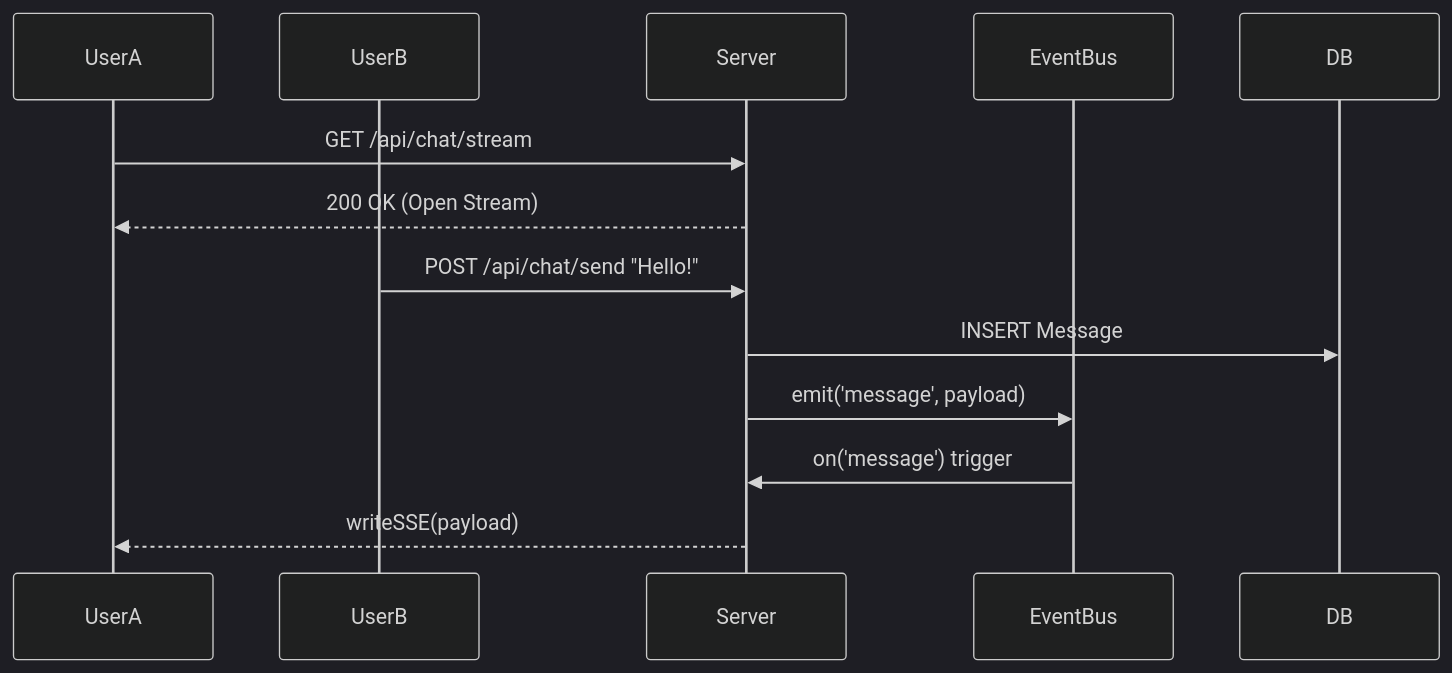
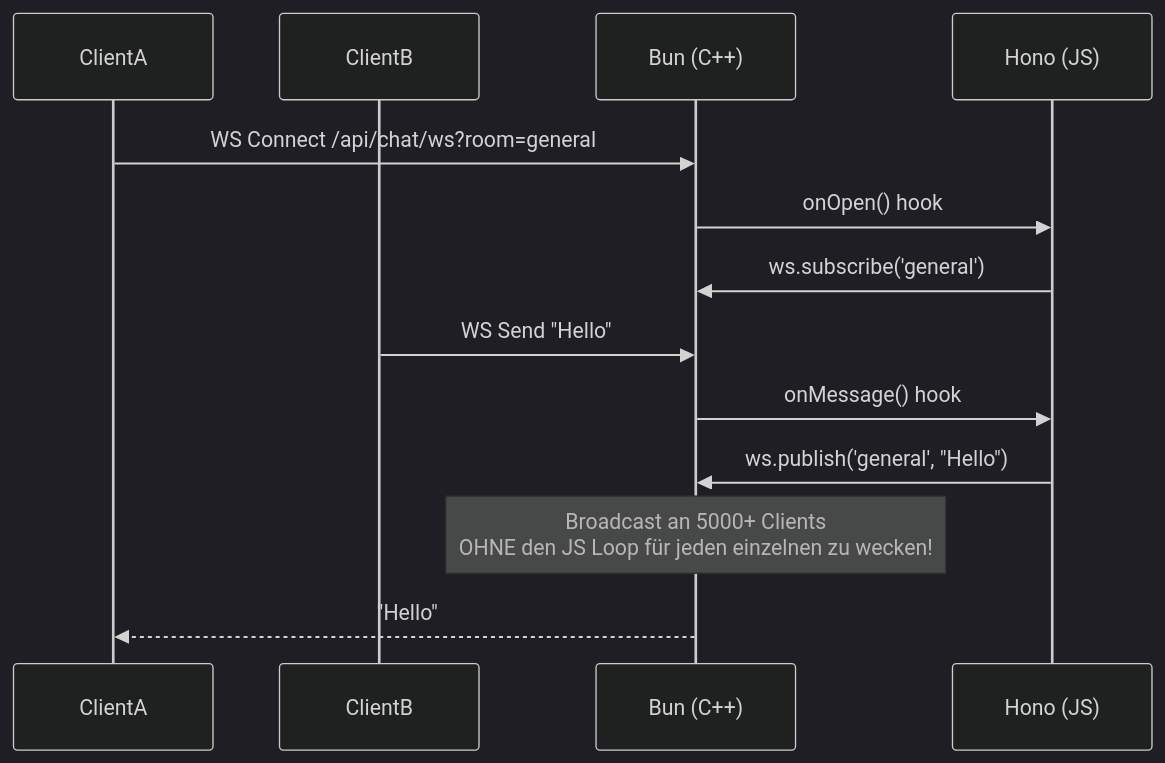
Before and after one commit to nilsreich/LEAN_MEAN_VPS: the diagram in app/modules/chat/README.md, drawn with Mermaid (dark theme). The commit also changed other lines of this file and 6 other files, not shown here.

First line of the commit message:
feat: complete modular refactoring with bun native chat

````diff
--- a/app/modules/chat/README.md
+++ b/app/modules/chat/README.md
@@ -21,17 +21,18 @@
 ```mermaid
 sequenceDiagram
-    participant UserA
-    participant UserB
-    participant Server
-    participant EventBus
+    participant ClientA
+    participant ClientB
+    participant BunNative as Bun (C++)
+    participant JS as Hono (JS)
 
-    UserA->>Server: GET /api/chat/stream
-    Server-->>UserA: 200 OK (Open Stream)
+    ClientA->>BunNative: WS Connect /api/chat/ws?room=general
+    BunNative->>JS: onOpen() hook
+    JS->>BunNative: ws.subscribe('general')
 
-    UserB->>Server: POST /api/chat/send "Hello!"
-    Server->>DB: INSERT Message
-    Server->>EventBus: emit('message', payload)
+    ClientB->>BunNative: WS Send "Hello"
+    BunNative->>JS: onMessage() hook
+    JS->>BunNative: ws.publish('general', "Hello")
 
-    EventBus->>Server: on('message') trigger
-    Server-->>UserA: writeSSE(payload)
+    Note over BunNative: Broadcast an 5000+ Clients<br/>OHNE den JS Loop für jeden einzelnen zu wecken!
+    BunNative-->>ClientA: "Hello"
 ```
````
